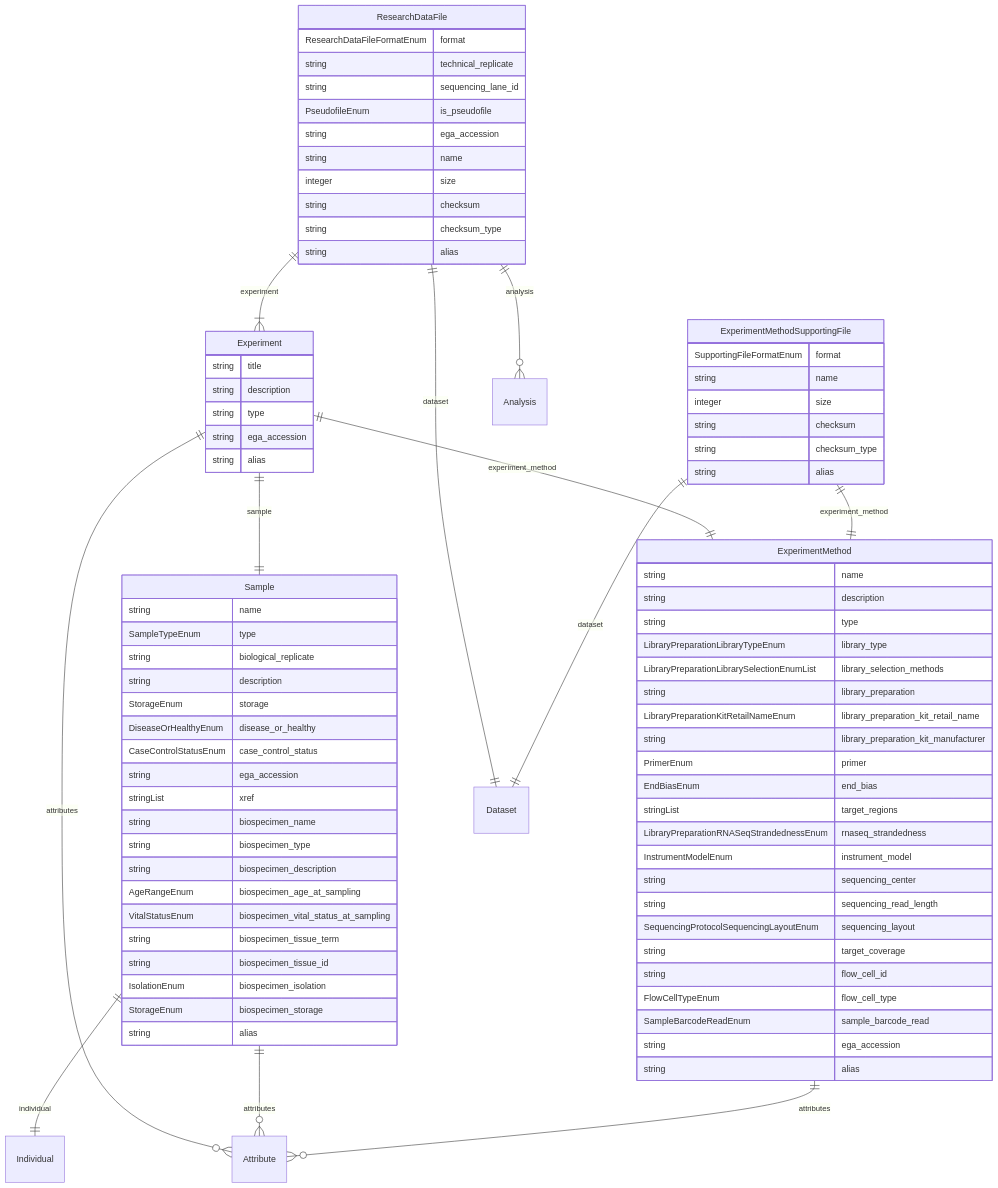
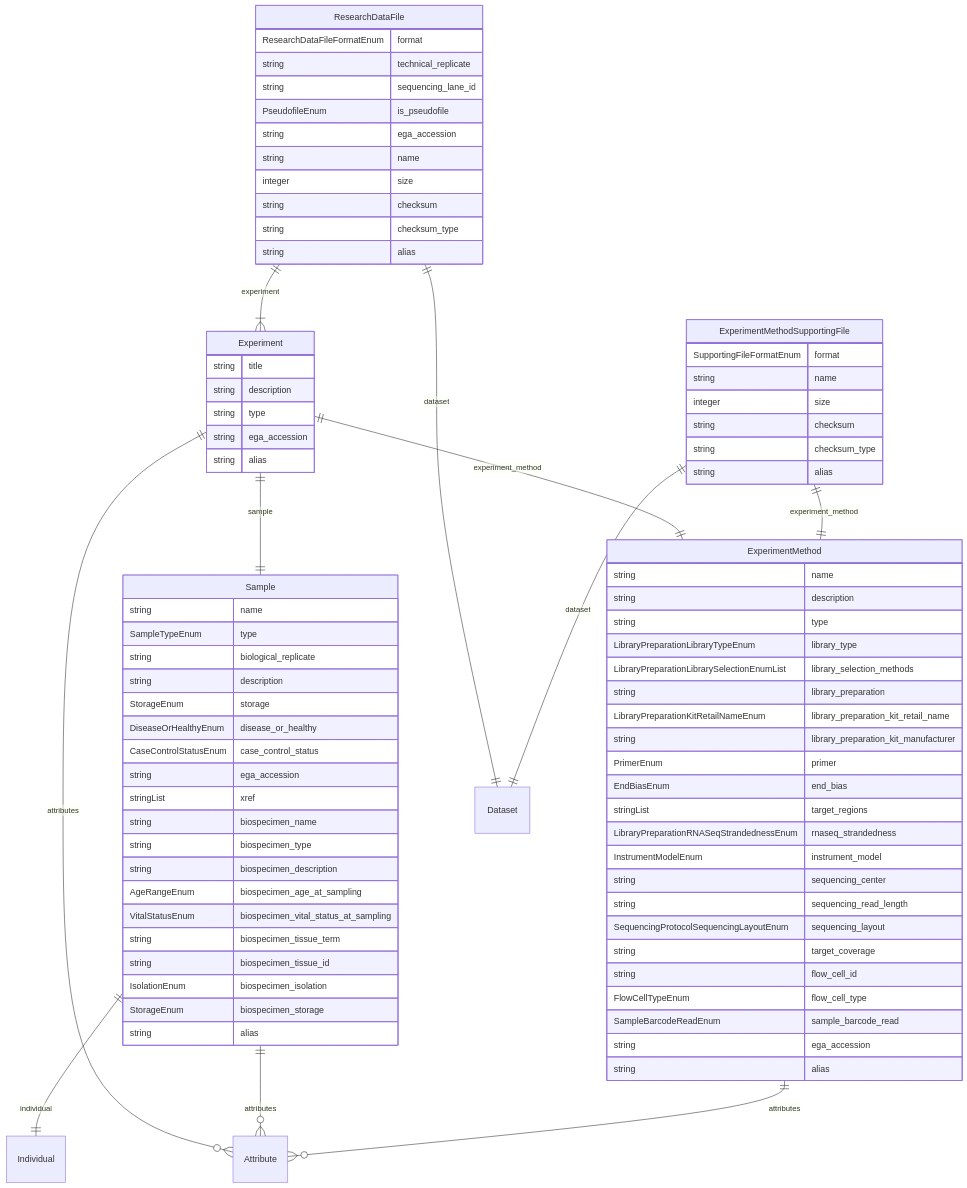
One commit to ghga-de/ghga-metadata-schema changed the fifth of 5 diagrams in docs/entity_relations.md. Above: the diagram before and after it, drawn with Mermaid. The commit also changed other lines of this file and 47 other files, not shown here.

```diff
--- a/docs/entity_relations.md
+++ b/docs/entity_relations.md
@@ -299,7 +292,6 @@
 ExperimentMethodSupportingFile ||--|| Dataset : "dataset"
 ExperimentMethod ||--}o Attribute : "attributes"
 ResearchDataFile ||--}| Experiment : "experiment"
-ResearchDataFile ||--}o Analysis : "analysis"
 ResearchDataFile ||--|| Dataset : "dataset"
 Sample ||--|| Individual : "individual"
 Sample ||--}o Attribute : "attributes"
```
